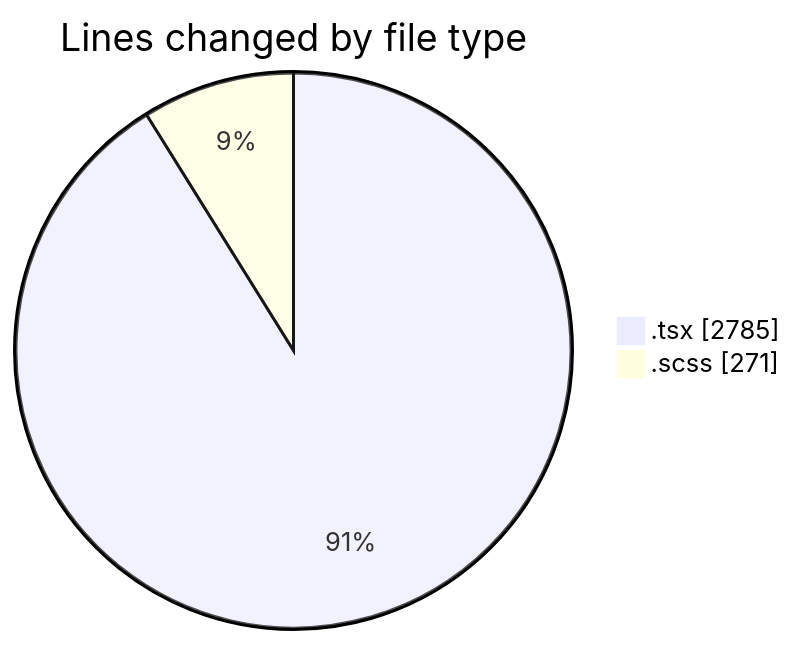
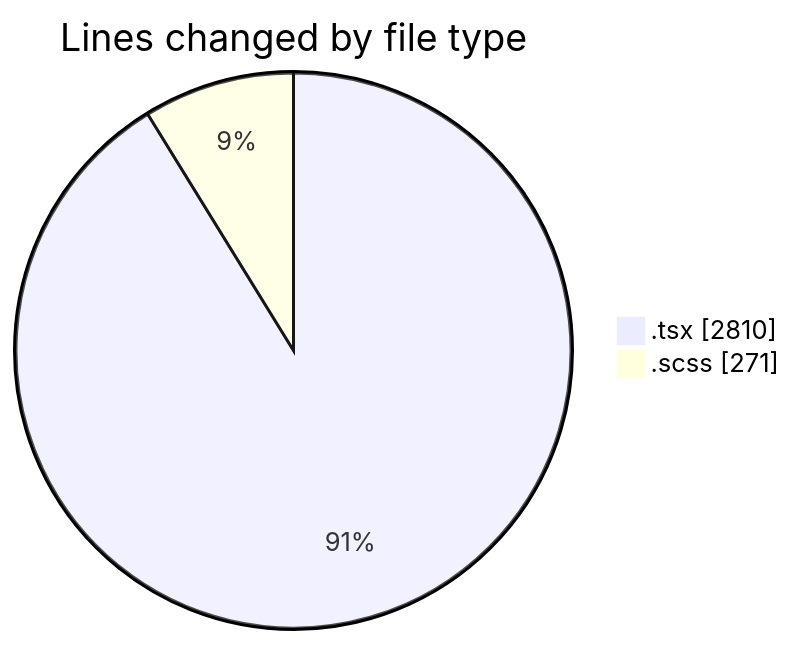
The first of 2 diagrams in 2025-11-18/cda/README.md (momahboobian/code-tracking), drawn with Mermaid before and after one commit. The commit also changed other lines of this file and 1 other file, not shown here.

````diff
--- a/2025-11-18/cda/README.md
+++ b/2025-11-18/cda/README.md
@@ -25,6 +25,6 @@
 ```mermaid
 pie showData
 title Lines changed by file type
-".tsx" : 2785
+".tsx" : 2810
 ".scss" : 271
 ```
````
